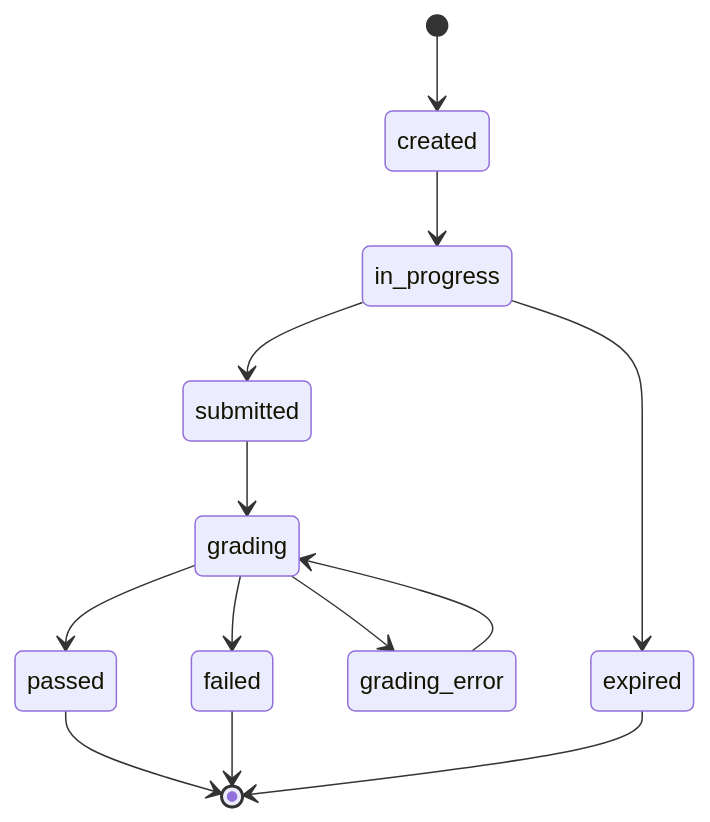
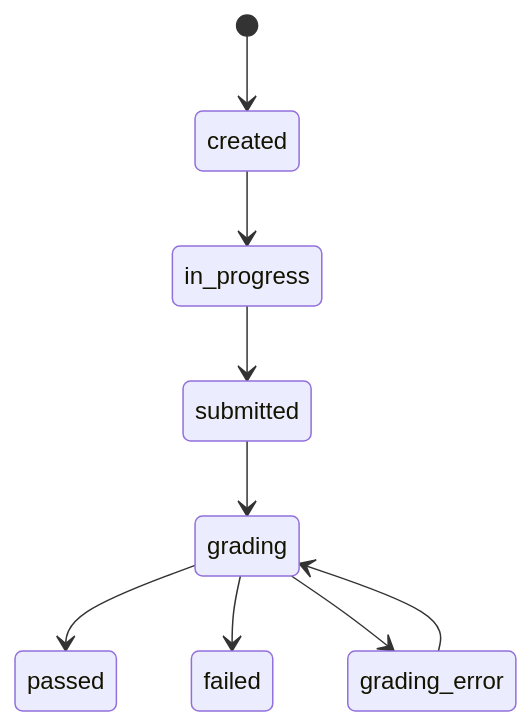
One commit to pablo-marchina/LMS-estimulo changed the seventh of 10 diagrams in docs/domain/LIFECYCLES_AND_STATE_MACHINES.md. Above: the diagram before and after it, drawn with Mermaid. The commit also changed other lines of this file and 23 other files, not shown here.

````diff
--- a/docs/domain/LIFECYCLES_AND_STATE_MACHINES.md
+++ b/docs/domain/LIFECYCLES_AND_STATE_MACHINES.md
@@ -180,15 +116,11 @@
 ```mermaid
 stateDiagram-v2
     [*] --> created
     created --> in_progress
     in_progress --> submitted
-    in_progress --> expired
     submitted --> grading
     grading --> passed
     grading --> failed
     grading --> grading_error
     grading_error --> grading
-    passed --> [*]
-    failed --> [*]
-    expired --> [*]
 ```
````
